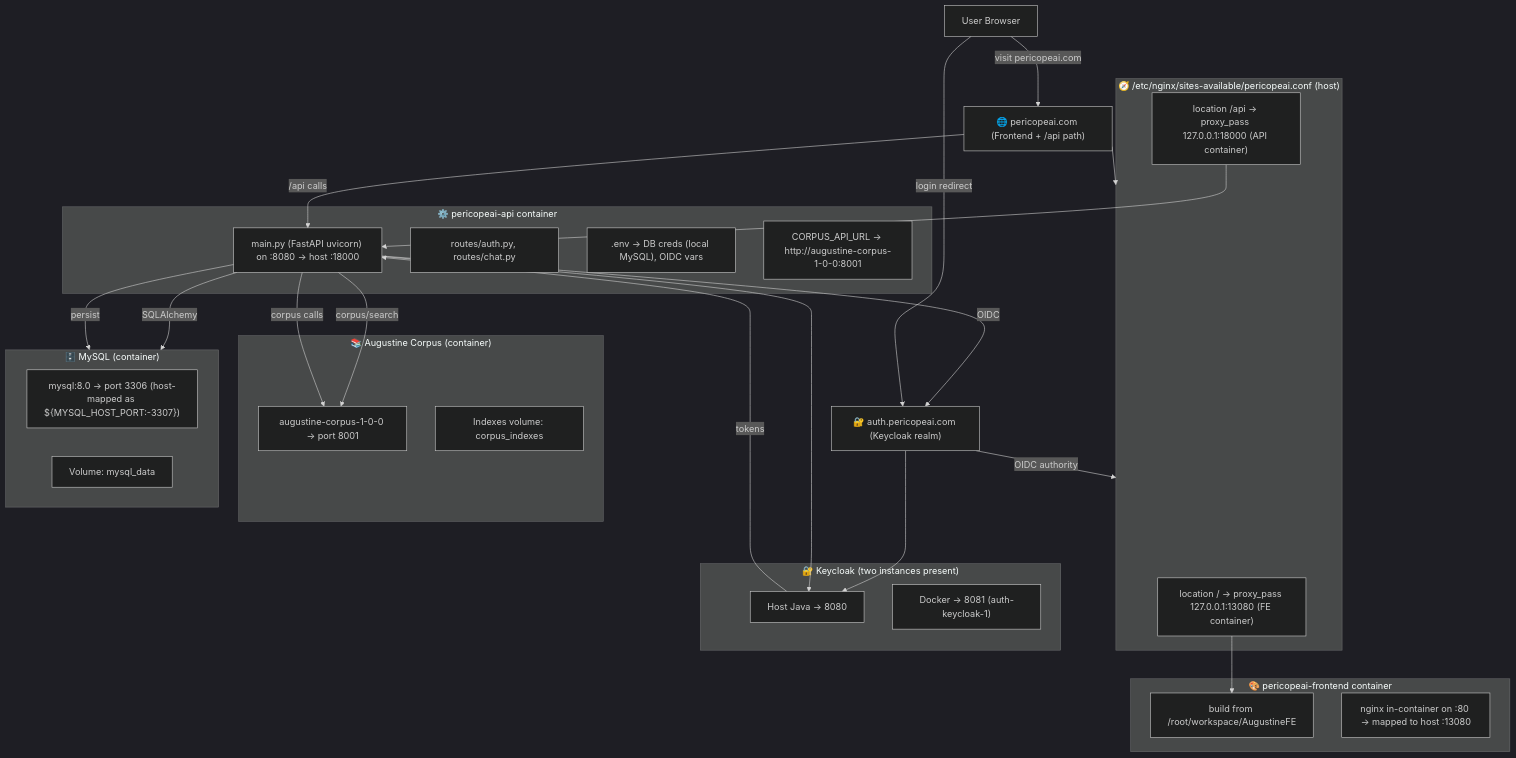
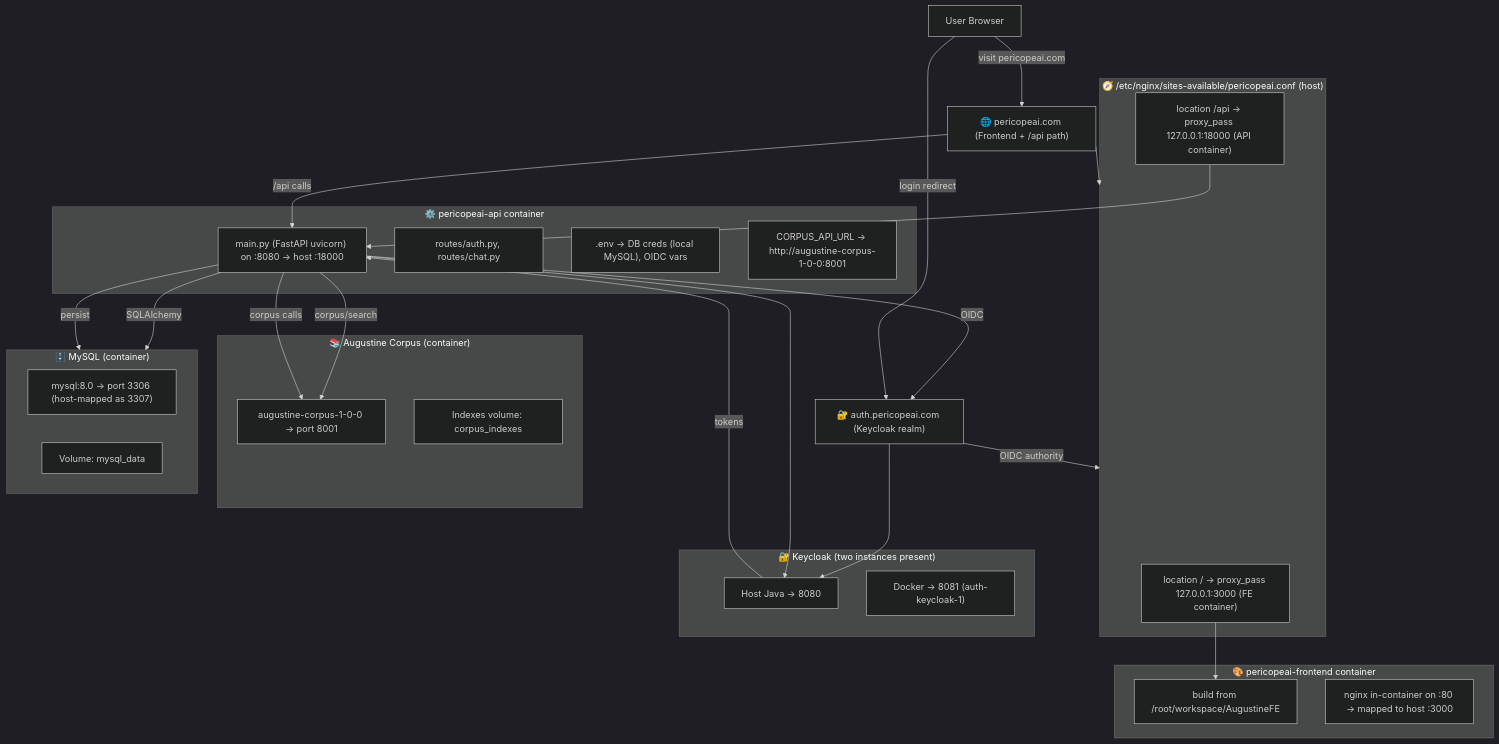
One commit to benlagrone/fortress-phronesis changed the diagram in docs/pericope-ai.mmd. Above: the diagram before and after it, drawn with Mermaid (dark theme). The commit also changed 25 other files, not shown here.

```diff
--- a/docs/pericope-ai.mmd
+++ b/docs/pericope-ai.mmd
@@ -1,66 +1,66 @@
 graph TD
 
 %% ─── ENTRYPOINTS ─────────────────────────────
 A1["🌐 pericopeai.com (Frontend + /api path)"]
 A2["🔐 auth.pericopeai.com (Keycloak realm)"]
 
 %% ─── NGINX CONFIGURATION ─────────────────────
 subgraph S1["🧭 /etc/nginx/sites-available/pericopeai.conf (host)"]
-  S1a["location / → proxy_pass 127.0.0.1:13080 (FE container)"]
+  S1a["location / → proxy_pass 127.0.0.1:3000 (FE container)"]
   S1b["location /api → proxy_pass 127.0.0.1:18000 (API container)"]
 end
 
 A1 --> S1
 A2 -->|OIDC authority| S1
 
 %% ─── FRONTEND (CONTAINER) ─────────────────────
 subgraph S2["🎨 pericopeai-frontend container"]
   S2a["build from /root/workspace/AugustineFE"]
-  S2b["nginx in-container on :80 → mapped to host :13080"]
+  S2b["nginx in-container on :80 → mapped to host :3000"]
 end
 
 S1a --> S2a
 
 %% ─── BACKEND (CONTAINER) ─────────────────────
 subgraph S3["⚙️ pericopeai-api container"]
   S3a["main.py (FastAPI uvicorn) on :8080 → host :18000"]
   S3b["routes/auth.py, routes/chat.py"]
   S3c[".env → DB creds (local MySQL), OIDC vars"]
   S3d["CORPUS_API_URL → http://augustine-corpus-1-0-0:8001"]
 end
 
 S1b --> S3a
 S3a -->|OIDC| A2
 S3a -->|corpus/search| S4a
 
 %% ─── CORPUS SERVICE ──────────────────────────
 subgraph S4["📚 Augustine Corpus (container)"]
   S4a["augustine-corpus-1-0-0 → port 8001"]
   S4b["Indexes volume: corpus_indexes"]
 end
 
 %% ─── DATABASE ────────────────────────────────
 subgraph S5["🗄️ MySQL (container)"]
-  S5a["mysql:8.0 → port 3306 (host-mapped as ${MYSQL_HOST_PORT:-3307})"]
+  S5a["mysql:8.0 → port 3306 (host-mapped as 3307)"]
   S5b["Volume: mysql_data"]
 end
 
 S3a -->|SQLAlchemy| S5
 
 %% ─── AUTH SERVER ─────────────────────────────
 subgraph S6["🔐 Keycloak (two instances present)"]
   S6a["Host Java → 8080"]
   S6b["Docker → 8081 (auth-keycloak-1)"]
 end
 
 A2 --> S6a
 S3a --> S6a
 
 %% ─── LOGICAL FLOW ────────────────────────────
 User["User Browser"] -->|visit pericopeai.com| A1
 User -->|login redirect| A2
 A1 -->|/api calls| S3a
 S3a -->|persist| S5
 S6a -->|tokens| S3a
 S3a -->|corpus calls| S4a
 %% Note: API served via path /api on pericopeai.com (api.* subdomain unused).
```
